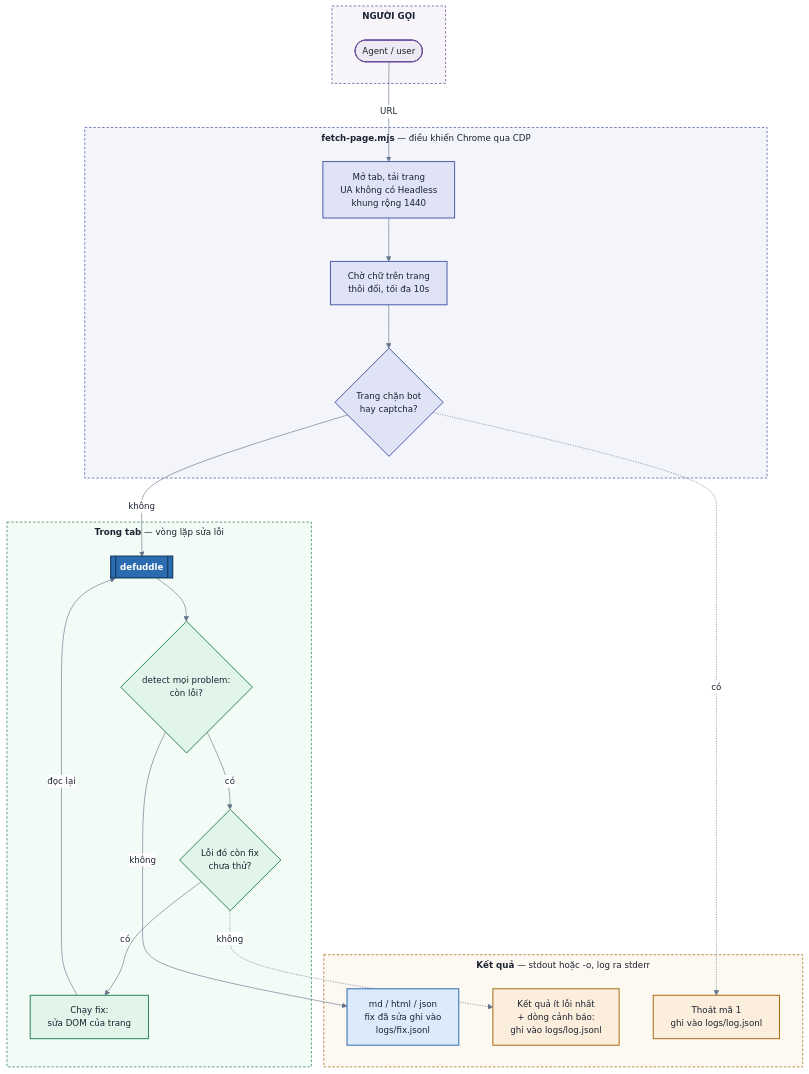
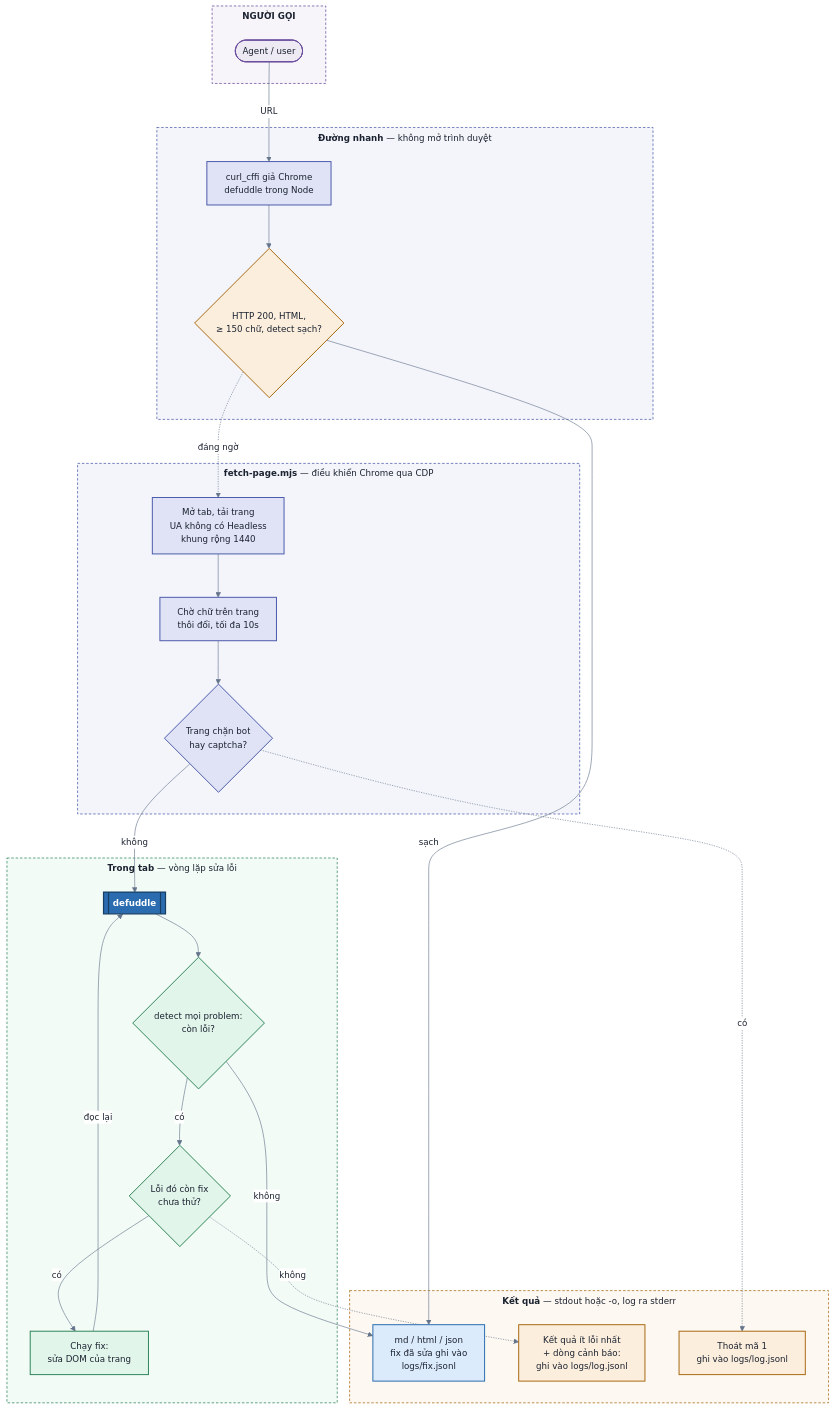
One commit to namitfruits/skills changed the first of 2 diagrams in skills/fetch-page/SPEC.md. Above: the diagram before and after it, drawn with Mermaid. The commit also changed other lines of this file and 5 other files, not shown here.

First line of the commit message:
fetch-page: tải trước bằng curl_cffi, kết quả đáng ngờ mới mở Chrome

````diff
--- a/skills/fetch-page/SPEC.md
+++ b/skills/fetch-page/SPEC.md
@@ -10,52 +12,61 @@
 ```mermaid
 %%{init: {'theme':'base','themeVariables':{'fontSize':'14px','titleColor':'#1b2230','textColor':'#1b2230','nodeTextColor':'#1b2230','lineColor':'#64748b','edgeLabelBackground':'#ffffff','clusterBkg':'#F7F8FA','clusterBorder':'#8a93a5'},'flowchart':{'curve':'basis','nodeSpacing':55,'rankSpacing':70,'padding':14,'subGraphTitleMargin':{'top':6,'bottom':14}}}}%%
 flowchart TB
   subgraph WHO["`**NGƯỜI GỌI**`"]
     U(["Agent / user"])
+  end
+  subgraph CURL["`**Đường nhanh** — không mở trình duyệt`"]
+    CF["curl_cffi giả Chrome<br/>defuddle trong Node"]
+    CLEAN{"HTTP 200, HTML,<br/>≥ 150 chữ, detect sạch?"}
+    CF --> CLEAN
   end
   subgraph NODE["`**fetch-page.mjs** — điều khiển Chrome qua CDP`"]
     OPEN["Mở tab, tải trang<br/>UA không có Headless<br/>khung rộng 1440"]
     WAIT["Chờ chữ trên trang<br/>thôi đổi, tối đa 10s"]
     GATE{"Trang chặn bot<br/>hay captcha?"}
     OPEN --> WAIT
     WAIT --> GATE
   end
   subgraph TAB["`**Trong tab** — vòng lặp sửa lỗi`"]
     DEF[["defuddle"]]
     DET{"detect mọi problem:<br/>còn lỗi?"}
     HAS{"Lỗi đó còn fix<br/>chưa thử?"}
     FIX["Chạy fix:<br/>sửa DOM của trang"]
     DEF --> DET
     DET -->|"có"| HAS
     HAS -->|"có"| FIX
     FIX -->|"đọc lại"| DEF
   end
   subgraph OUT["`**Kết quả** — stdout hoặc -o, log ra stderr`"]
     OK["md / html / json<br/>fix đã sửa ghi vào<br/>logs/fix.jsonl"]
     WARN["Kết quả ít lỗi nhất<br/>+ dòng cảnh báo:<br/>ghi vào logs/log.jsonl"]
     ERR["Thoát mã 1<br/>ghi vào logs/log.jsonl"]
   end
-  U -->|"URL"| OPEN
+  U -->|"URL"| CF
+  CLEAN -->|"sạch"| OK
+  CLEAN -.->|"đáng ngờ"| OPEN
   GATE -->|"không"| DEF
   GATE -.->|"có"| ERR
   DET -->|"không"| OK
   HAS -.->|"không"| WARN
   linkStyle default color:#1b2230
 
   classDef actor fill:#EDEAF3,stroke:#6a4c9c,stroke-width:1.6px,color:#1b2230
   classDef fe    fill:#DCEBFB,stroke:#2b6cb0,stroke-width:1.6px,color:#1b2230
   classDef fe2   fill:#E1F5EA,stroke:#2f855a,stroke-width:1.6px,color:#1b2230
   classDef fe3   fill:#FBEEDD,stroke:#a86a12,stroke-width:1.6px,color:#1b2230
   classDef svc   fill:#DFE3F5,stroke:#4c5bab,stroke-width:1.6px,color:#1b2230
   classDef core  fill:#2b6cb0,stroke:#173f66,stroke-width:2px,color:#ffffff,font-weight:bold
   class U actor
-  class OPEN,WAIT,GATE svc
+  class CF,OPEN,WAIT,GATE svc
+  class CLEAN fe3
   class DET,HAS,FIX fe2
   class DEF core
   class OK fe
   class WARN,ERR fe3
   style WHO fill:#F7F5FA,stroke:#6a4c9c,stroke-width:1.2px,stroke-dasharray: 4 3
+  style CURL fill:#F4F5FB,stroke:#4c5bab,stroke-width:1.2px,stroke-dasharray: 4 3
   style NODE fill:#F4F5FB,stroke:#4c5bab,stroke-width:1.2px,stroke-dasharray: 4 3
   style TAB fill:#F3FBF6,stroke:#2f855a,stroke-width:1.2px,stroke-dasharray: 4 3
   style OUT fill:#FDF8F1,stroke:#a86a12,stroke-width:1.2px,stroke-dasharray: 4 3
 ```
````
